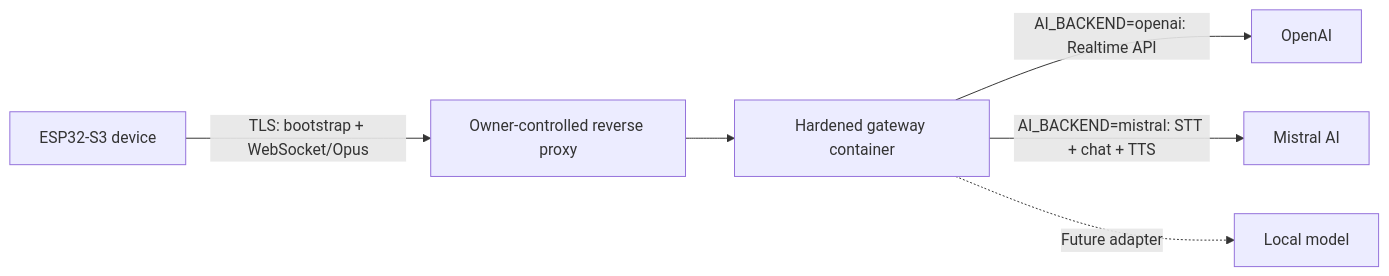
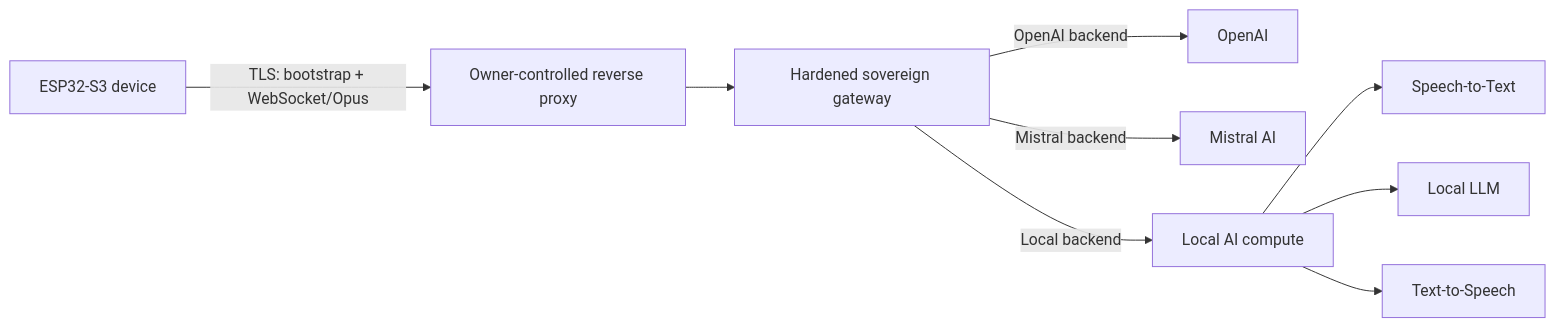
Before and after one commit to rleusden/xiaozhi-sovereign: the diagram in README.md, drawn with Mermaid. The commit also changed other lines of this file, not shown here.

````diff
--- a/README.md
+++ b/README.md
@@ -36,8 +55,13 @@
 ```mermaid
 flowchart LR
     D["ESP32-S3 device"] -->|"TLS: bootstrap + WebSocket/Opus"| R["Owner-controlled reverse proxy"]
-    R --> G["Hardened gateway container"]
-    G -->|"AI_BACKEND=openai: Realtime API"| O["OpenAI"]
-    G -->|"AI_BACKEND=mistral: STT + chat + TTS"| M["Mistral AI"]
-    G -.->|"Future adapter"| L["Local model"]
+    R --> G["Hardened sovereign gateway"]
+
+    G -->|"OpenAI backend"| O["OpenAI"]
+    G -->|"Mistral backend"| M["Mistral AI"]
+
+    G -->|"Local backend"| C["Local AI compute"]
+    C --> STT["Speech-to-Text"]
+    C --> LLM["Local LLM"]
+    C --> TTS["Text-to-Speech"]
 ```
````
